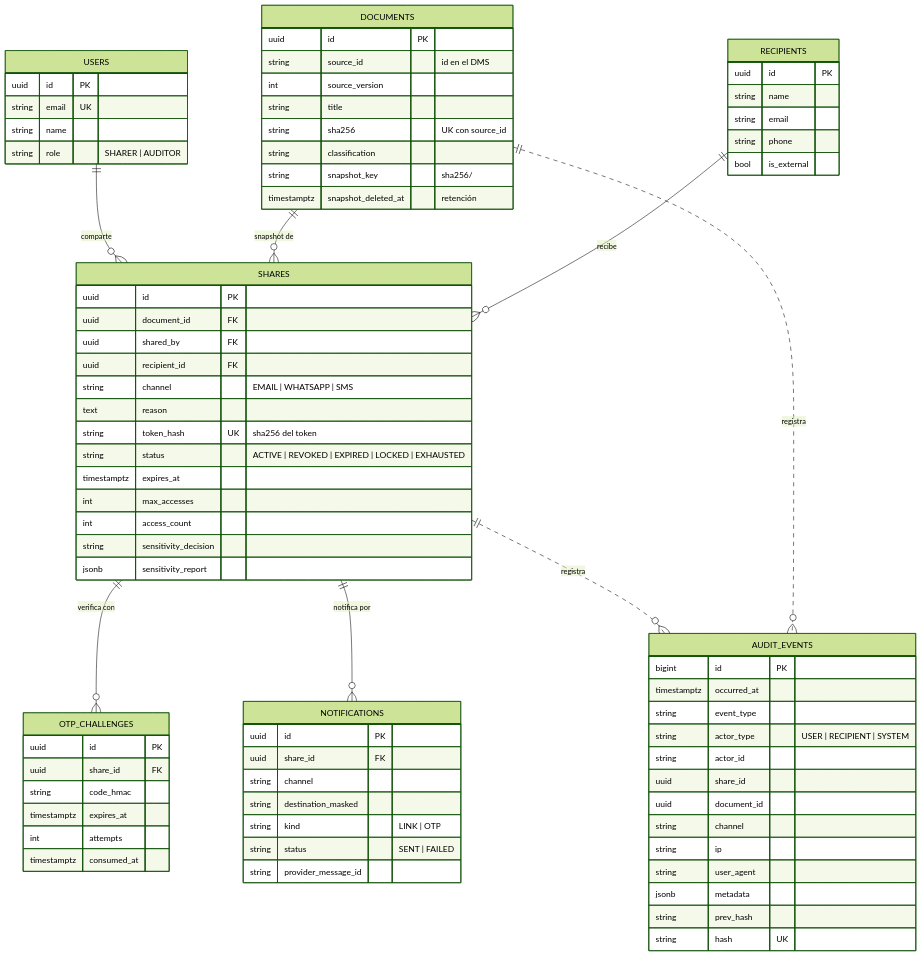
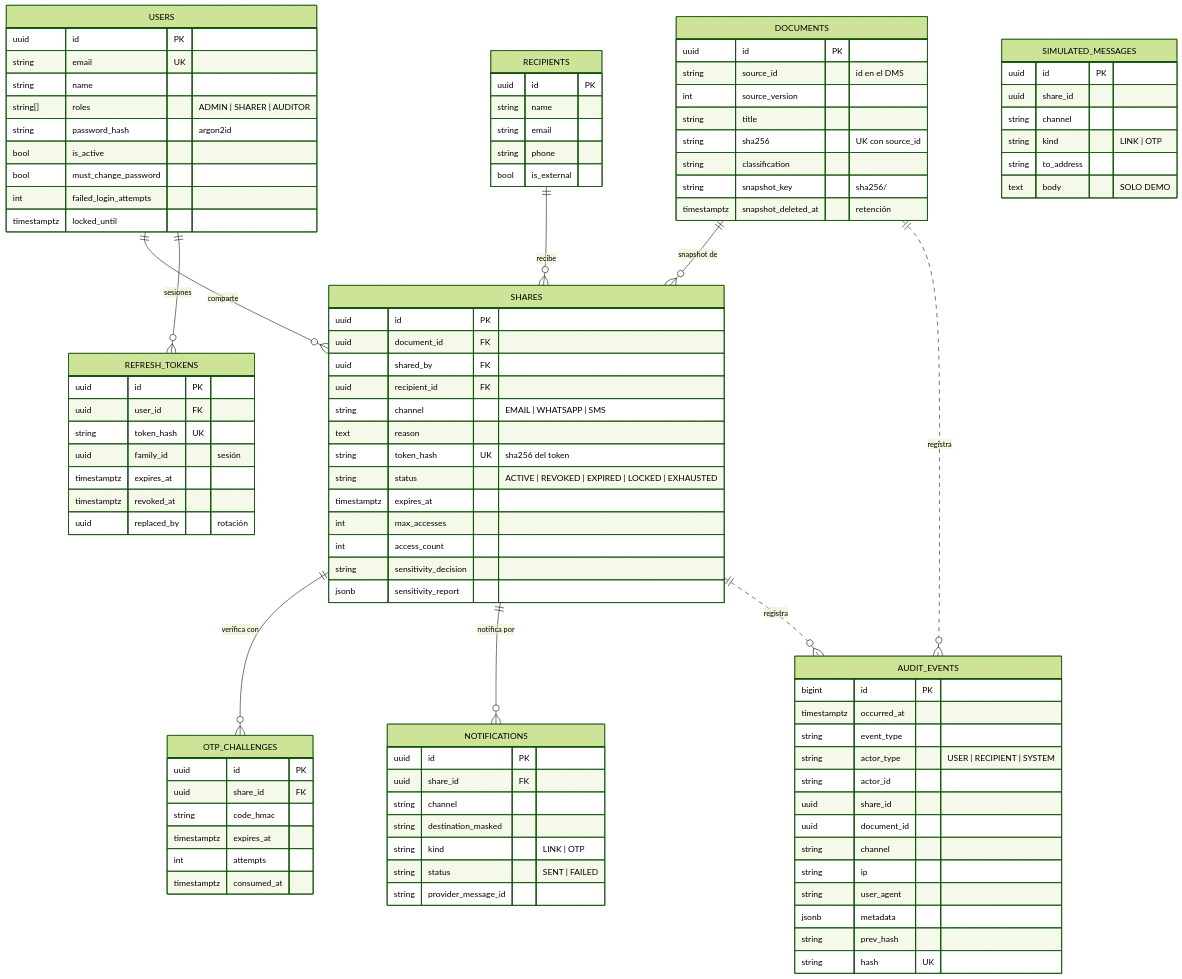
One commit to samilr/thinknex-docshare changed the diagram in docs/03-modelo-datos.md. Above: the diagram before and after it, drawn with Mermaid (forest theme). The commit also changed other lines of this file and 7 other files, not shown here.

````diff
--- a/docs/03-modelo-datos.md
+++ b/docs/03-modelo-datos.md
@@ -5,6 +7,7 @@
 ```mermaid
 erDiagram
     USERS ||--o{ SHARES : "comparte"
+    USERS ||--o{ REFRESH_TOKENS : "sesiones"
     DOCUMENTS ||--o{ SHARES : "snapshot de"
     RECIPIENTS ||--o{ SHARES : "recibe"
     SHARES ||--o{ OTP_CHALLENGES : "verifica con"
@@ -16,7 +19,29 @@
         uuid id PK
         string email UK
         string name
-        string role "SHARER | AUDITOR"
+        string[] roles "ADMIN | SHARER | AUDITOR"
+        string password_hash "argon2id"
+        bool is_active
+        bool must_change_password
+        int failed_login_attempts
+        timestamptz locked_until
+    }
+    REFRESH_TOKENS {
+        uuid id PK
+        uuid user_id FK
+        string token_hash UK
+        uuid family_id "sesión"
+        timestamptz expires_at
+        timestamptz revoked_at
+        uuid replaced_by "rotación"
+    }
+    SIMULATED_MESSAGES {
+        uuid id PK
+        uuid share_id
+        string channel
+        string kind "LINK | OTP"
+        string to_address
+        text body "SOLO DEMO"
     }
     DOCUMENTS {
         uuid id PK
````
